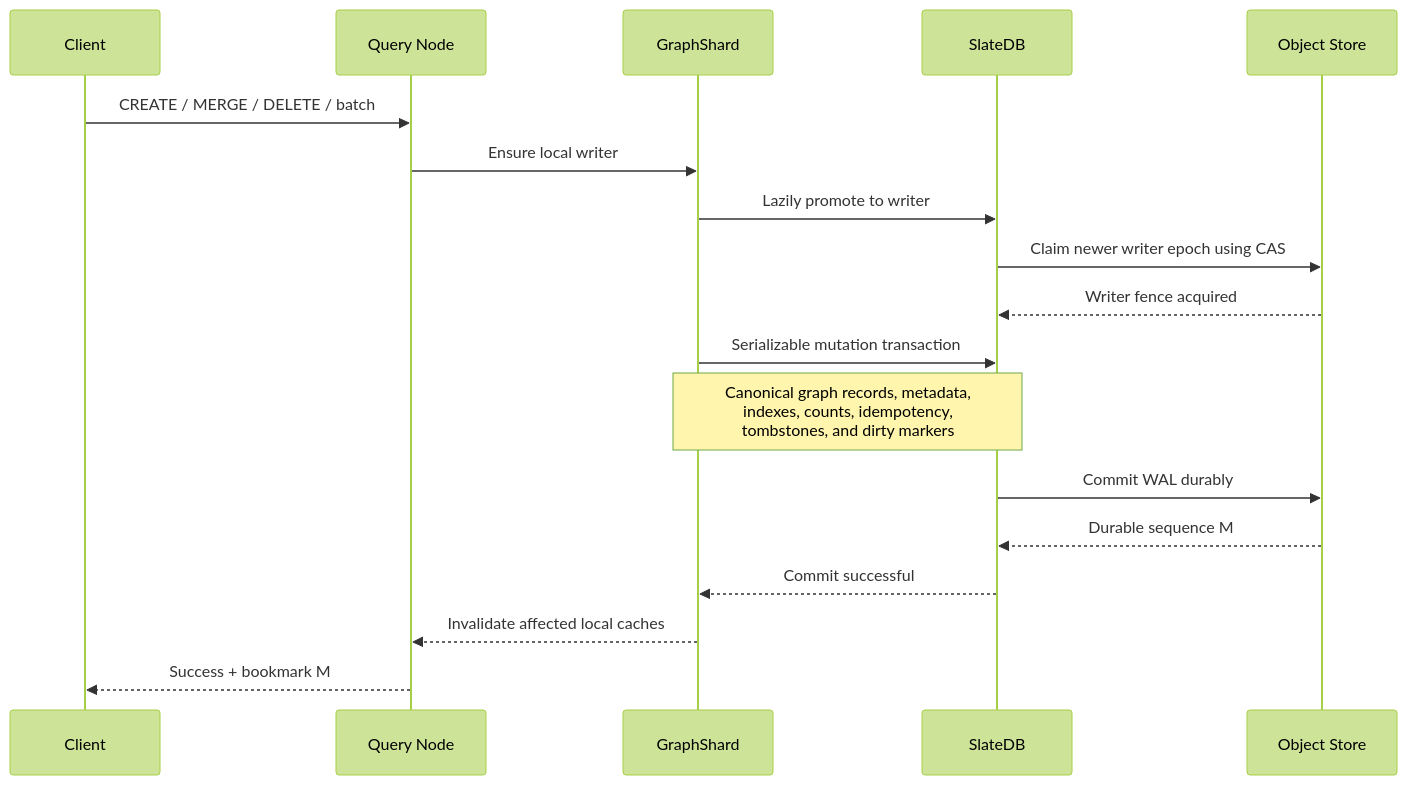
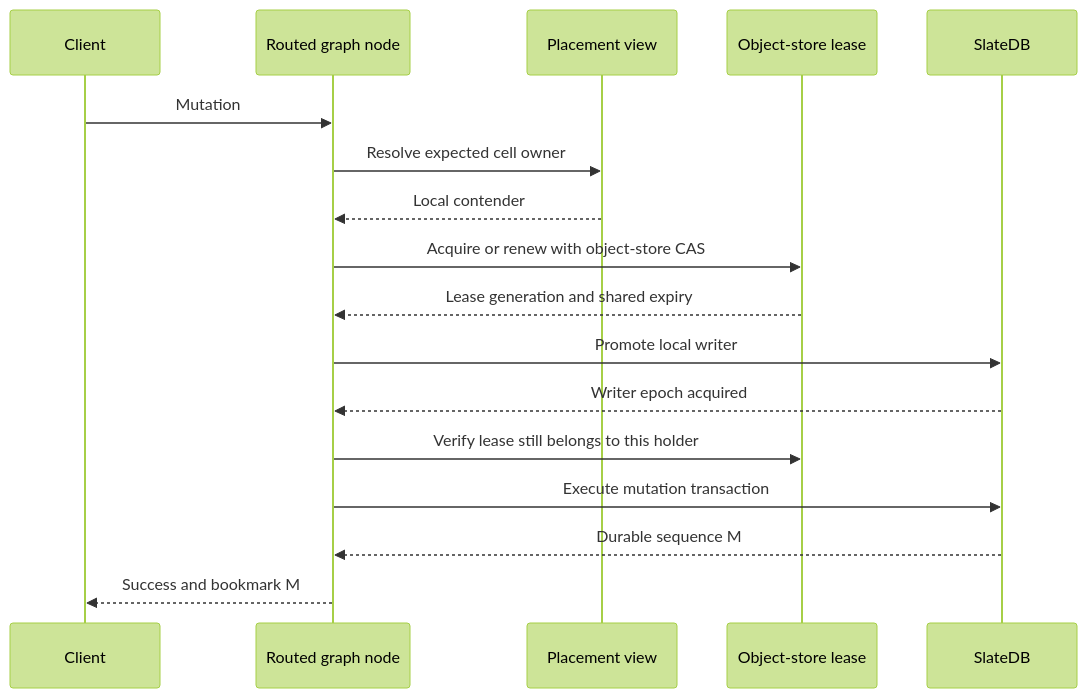
One commit to BHAVIKA44/hydraddb changed the sixth of 10 diagrams in architecture.md. Above: the diagram before and after it, drawn with Mermaid (forest theme). The commit also changed other lines of this file and 4 other files, not shown here.

````diff
--- a/architecture.md
+++ b/architecture.md
@@ -235,21 +366,20 @@
 ```mermaid
 sequenceDiagram
     participant C as Client
-    participant Q as Query Node
-    participant G as GraphShard
+    participant R as Routed graph node
+    participant P as Placement view
+    participant L as Object-store lease
     participant D as SlateDB
-    participant S as Object Store
 
-    C->>Q: CREATE / MERGE / DELETE / batch
-    Q->>G: Ensure local writer
-    G->>D: Lazily promote to writer
-    D->>S: Claim newer writer epoch using CAS
-    S-->>D: Writer fence acquired
-    G->>D: Serializable mutation transaction
-    Note over G,D: Canonical graph records, metadata,<br/>indexes, counts, idempotency,<br/>tombstones, and dirty markers
-    D->>S: Commit WAL durably
-    S-->>D: Durable sequence M
-    D-->>G: Commit successful
-    G-->>Q: Invalidate affected local caches
-    Q-->>C: Success + bookmark M
+    C->>R: Mutation
+    R->>P: Resolve expected cell owner
+    P-->>R: Local contender
+    R->>L: Acquire or renew with object-store CAS
+    L-->>R: Lease generation and shared expiry
+    R->>D: Promote local writer
+    D-->>R: Writer epoch acquired
+    R->>L: Verify lease still belongs to this holder
+    R->>D: Execute mutation transaction
+    D-->>R: Durable sequence M
+    R-->>C: Success and bookmark M
 ```
````
